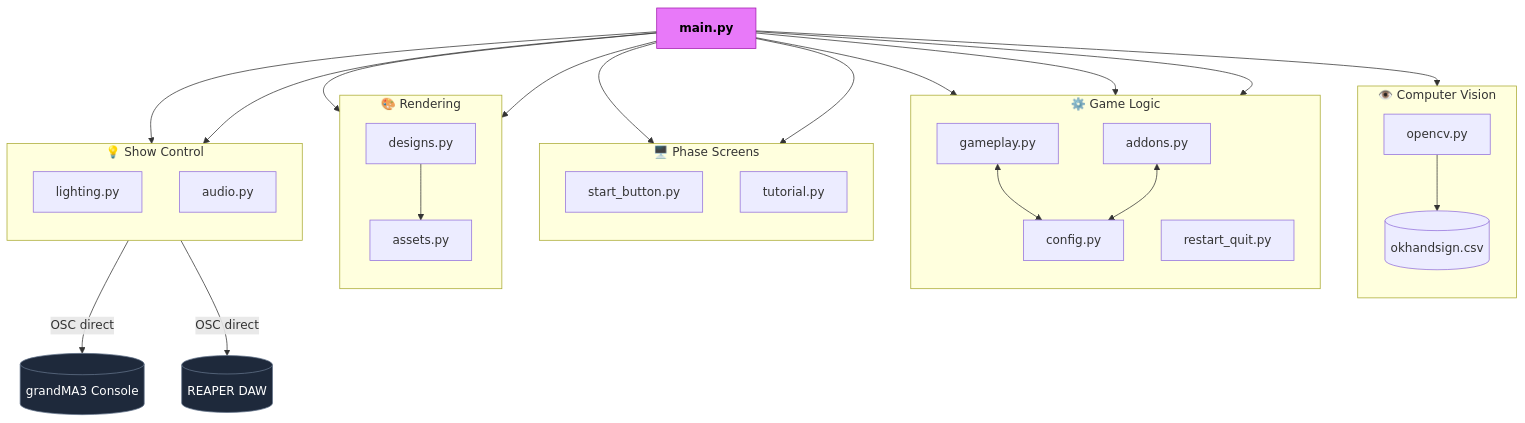
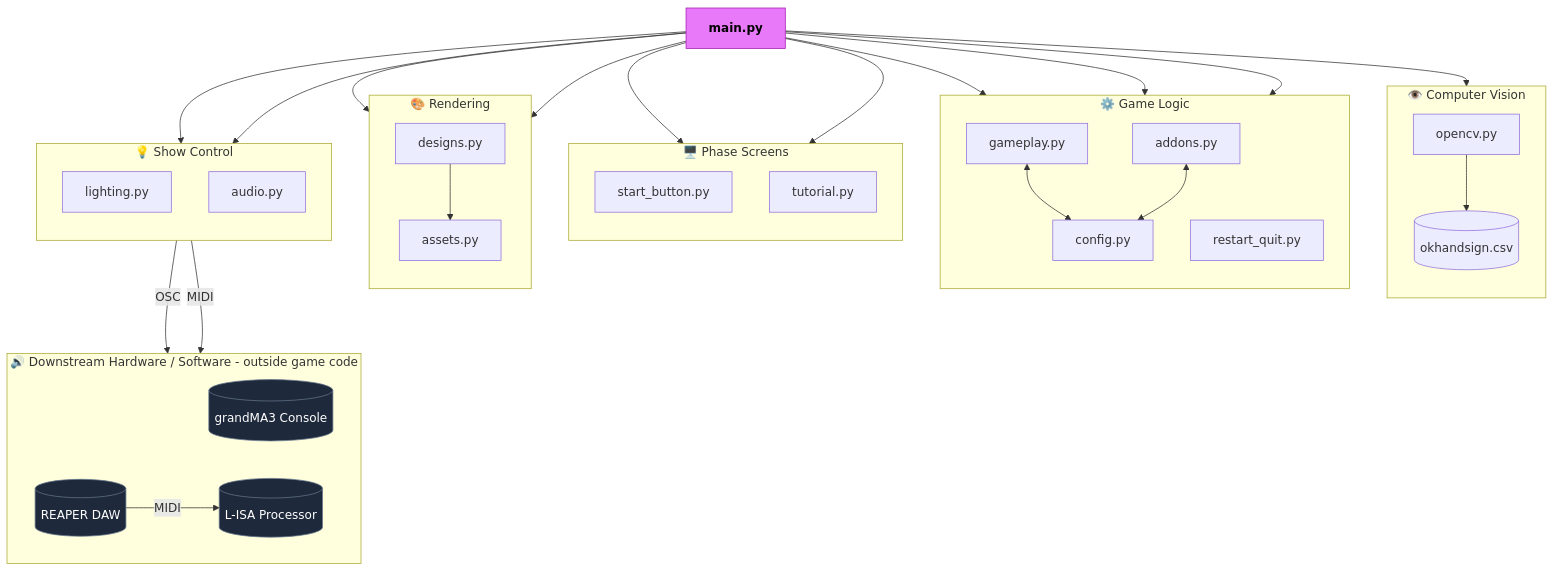
The diagram in README.md (Certified-Turtle/EGL314_TeamE), drawn with Mermaid before and after one commit.

````diff
--- a/README.md
+++ b/README.md
@@ -77,61 +77,67 @@
 ```mermaid
 flowchart TD
     MAIN[main.py]
 
     subgraph Vision [" 👁️ Computer Vision "]
         direction TB
         CV[opencv.py]
         CSV[("okhandsign.csv")]
         CV --> CSV
     end
 
     subgraph Logic [" ⚙️ Game Logic "]
         direction TB
         GP[gameplay.py]
         CFG[config.py]
         ADD[addons.py]
         RQ[restart_quit.py]
         GP <--> CFG
         ADD <--> CFG
     end
 
     subgraph UI [" 🖥️ Phase Screens "]
         direction TB
         SB[start_button.py]
         TUT[tutorial.py]
     end
 
     subgraph Render [" 🎨 Rendering "]
         direction TB
         DES[designs.py]
         AST[assets.py]
         DES --> AST
     end
 
     subgraph Show [" 💡 Show Control "]
         direction TB
         LIGHT[lighting.py]
         AUD[audio.py]
     end
 
-    GMA3[("grandMA3 Console")]
-    REAPER[("REAPER DAW")]
+    subgraph Hardware [" 🔊 Downstream Hardware / Software - outside game code "]
+        direction LR
+        GMA3[("grandMA3 Console")]
+        REAPER[("REAPER DAW")]
+        LISA[("L-ISA Processor")]
+        REAPER -->|"MIDI"| LISA
+    end
 
     MAIN --> CV
     MAIN --> GP
     MAIN --> ADD
     MAIN --> RQ
     MAIN --> SB
     MAIN --> TUT
     MAIN --> DES
     MAIN --> AST
     MAIN --> LIGHT
     MAIN --> AUD
 
-    LIGHT -->|"OSC direct"| GMA3
-    AUD -->|"OSC direct"| REAPER
+    LIGHT -->|"OSC"| GMA3
+    AUD -->|"MIDI"| REAPER
 
     style MAIN fill:#e879f9,stroke:#a21caf,color:#000,font-weight:bold
     style GMA3 fill:#1e293b,stroke:#64748b,color:#fff
     style REAPER fill:#1e293b,stroke:#64748b,color:#fff
+    style LISA fill:#1e293b,stroke:#64748b,color:#fff
 ```
````
